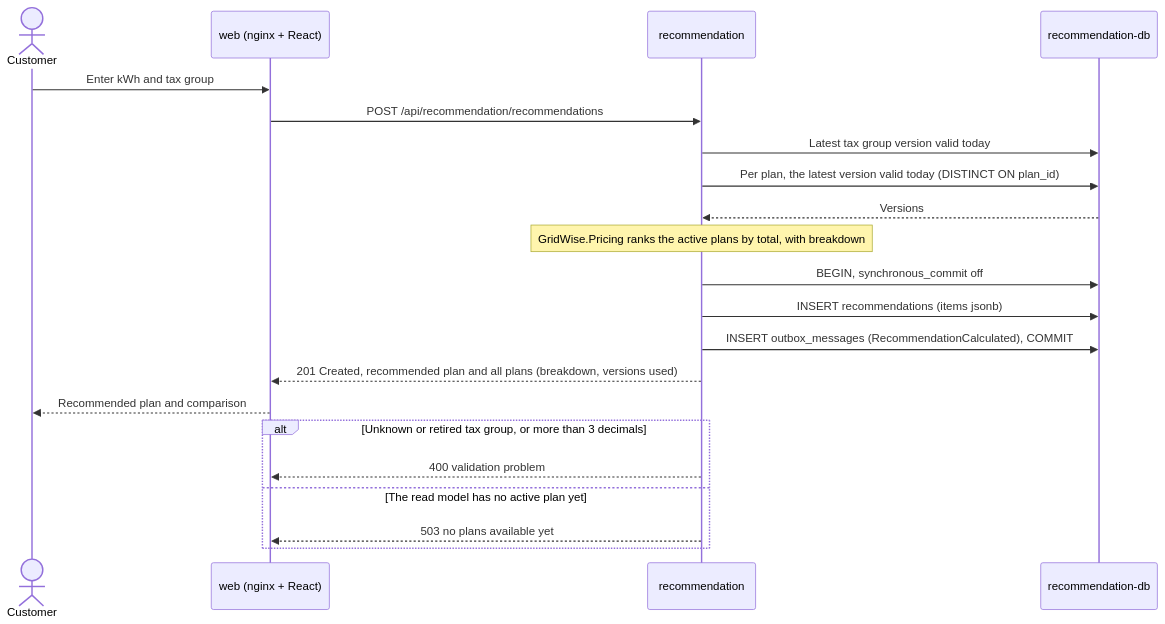
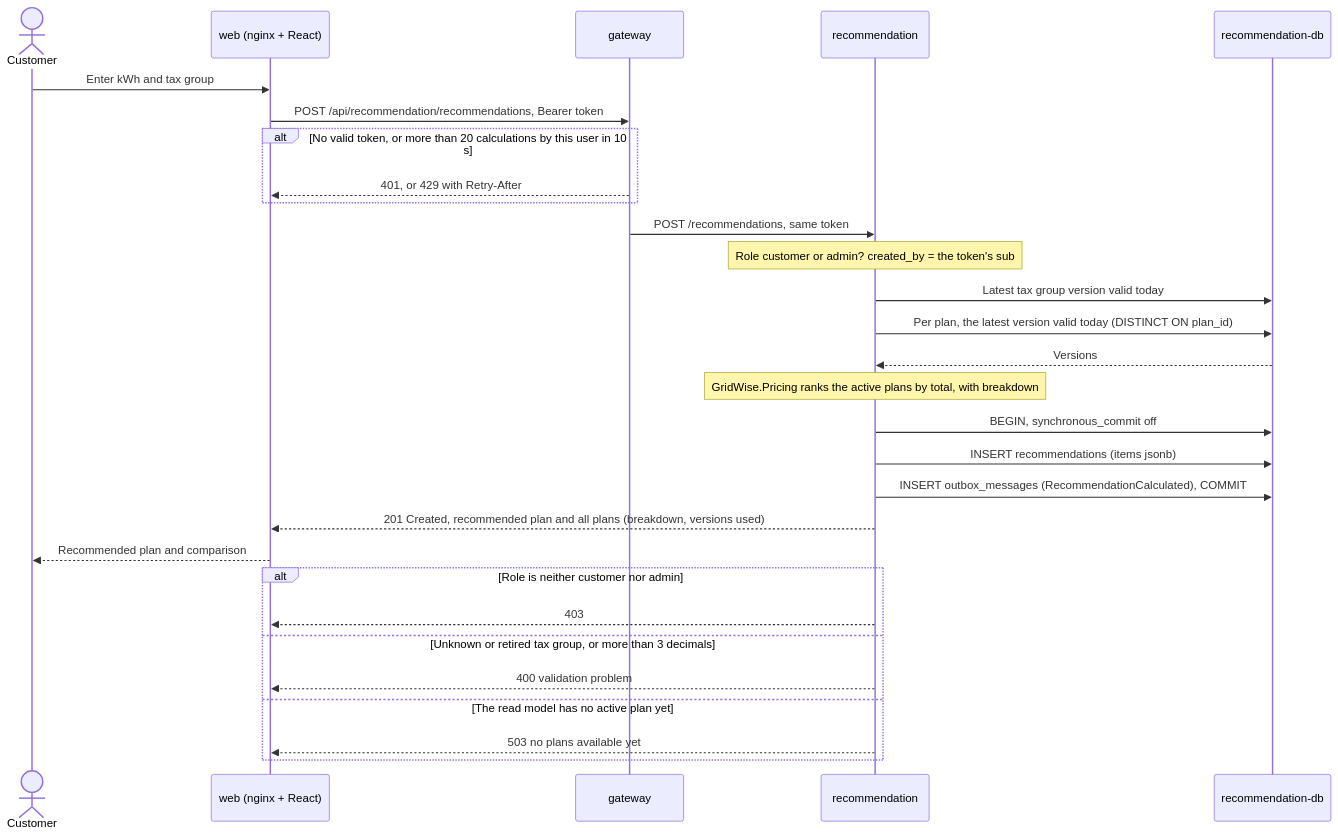
One commit to bratsale/gridwise changed the first of 10 diagrams in docs/architecture/flows.md. Above: the diagram before and after it, drawn with Mermaid. The commit also changed other lines of this file and 1 other file, not shown here.

Commit message:
docs: update data model and flows for identity, gateway and replay

````diff
--- a/docs/architecture/flows.md
+++ b/docs/architecture/flows.md
@@ -14,24 +21,32 @@
 ```mermaid
 sequenceDiagram
     actor C as Customer
     participant W as web (nginx + React)
+    participant G as gateway
     participant R as recommendation
     participant DB as recommendation-db
 
     C->>W: Enter kWh and tax group
-    W->>R: POST /api/recommendation/recommendations
+    W->>G: POST /api/recommendation/recommendations, Bearer token
+    alt No valid token, or more than 20 calculations by this user in 10 s
+        G-->>W: 401, or 429 with Retry-After
+    end
+    G->>R: POST /recommendations, same token
+    Note over R: Role customer or admin? created_by = the token's sub
     R->>DB: Latest tax group version valid today
     R->>DB: Per plan, the latest version valid today (DISTINCT ON plan_id)
     DB-->>R: Versions
     Note over R: GridWise.Pricing ranks the active plans by total, with breakdown
     R->>DB: BEGIN, synchronous_commit off
     R->>DB: INSERT recommendations (items jsonb)
     R->>DB: INSERT outbox_messages (RecommendationCalculated), COMMIT
     R-->>W: 201 Created, recommended plan and all plans (breakdown, versions used)
     W-->>C: Recommended plan and comparison
-    alt Unknown or retired tax group, or more than 3 decimals
+    alt Role is neither customer nor admin
+        R-->>W: 403
+    else Unknown or retired tax group, or more than 3 decimals
         R-->>W: 400 validation problem
     else The read model has no active plan yet
         R-->>W: 503 no plans available yet
     end
 ```
````
